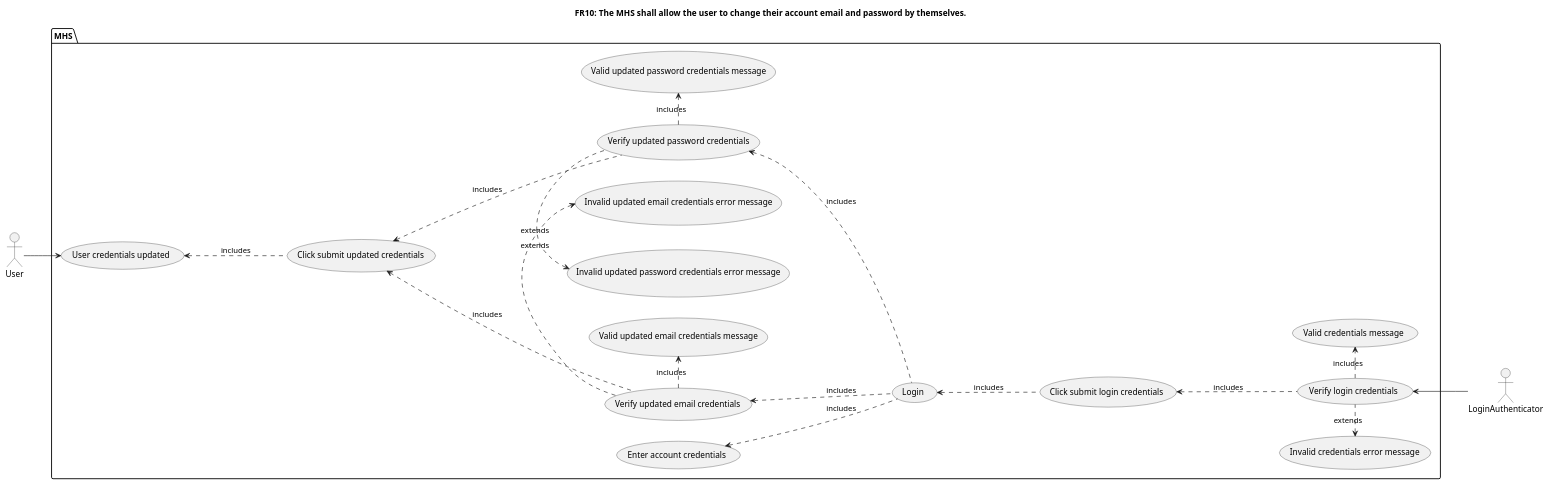
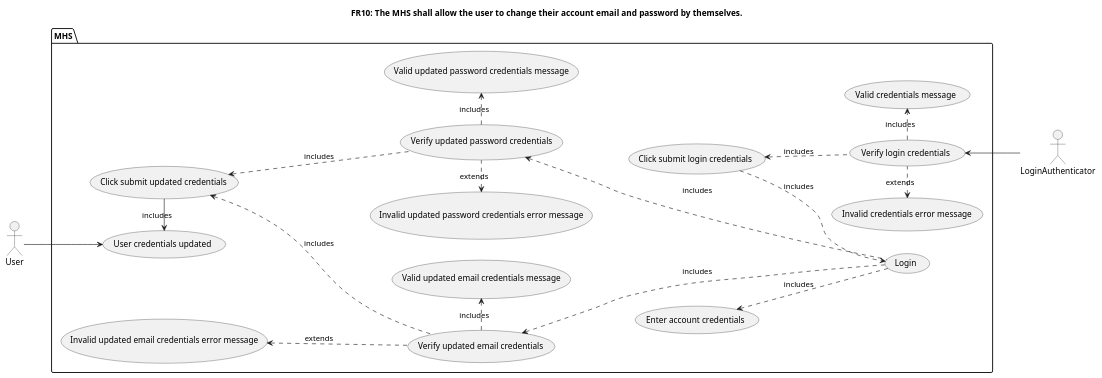
The diagram in documentation/UMLCodes/FR10_UCDiagram.plantuml (notkaramel/ECSE321-Mar1HotelSystem), drawn with PlantUML before and after one commit.

Commit message:
make FR10 more viewable

```diff
--- a/documentation/UMLCodes/FR10_UCDiagram.plantuml
+++ b/documentation/UMLCodes/FR10_UCDiagram.plantuml
@@ -1,44 +1,44 @@
 @startuml FR10
 title FR10: The MHS shall allow the user to change their account email and password by themselves.
 left to right direction
 :LoginAuthenticator: as a
 :User: as u
 
 package MHS {
     (Verify login credentials)
     (Login)
     (Enter account credentials)
     (Verify login credentials)
     (Invalid credentials error message)
     (Valid credentials message)
     (Verify updated email credentials)
     (Verify updated password credentials)
     (Click submit login credentials)
     (Click submit updated credentials)
     (Invalid updated email credentials error message)
     (Valid updated email credentials message)
     (Invalid updated password credentials error message)
     (Valid updated password credentials message)
     (User credentials updated)
 
 }
 
 (Verify login credentials) <-- a
 (Invalid credentials error message)<-.right- (Verify login credentials): extends
-(Valid credentials message) <-.left- (Verify login credentials): includes
-(Click submit login credentials) <-.- (Verify login credentials): includes
-(Login) <-.- (Click submit login credentials): includes
-(Enter account credentials) <-.- (Login): includes
+(Valid credentials message) <.left. (Verify login credentials): includes
+(Click submit login credentials) <.- (Verify login credentials): includes
+(Login) <.up- (Click submit login credentials): includes
+(Enter account credentials) <.. (Login): includes
 (Verify updated email credentials) <-.- (Login): includes
 (Verify updated password credentials) <-.- (Login): includes
-(Invalid updated email credentials error message) <-.right- (Verify updated email credentials): extends
+(Invalid updated email credentials error message) <-.down- (Verify updated email credentials): extends
 (Valid updated email credentials message) <-.left- (Verify updated email credentials): includes
 (Click submit updated credentials) <-.- (Verify updated email credentials): includes
 (Invalid updated password credentials error message) <-.right- (Verify updated password credentials): extends
 (Valid updated password credentials message) <-.left- (Verify updated password credentials): includes
 (Click submit updated credentials) <-.- (Verify updated password credentials): includes
-(User credentials updated) <-.- (Click submit updated credentials): includes
+(User credentials updated) <- (Click submit updated credentials): includes
 u --> (User credentials updated)
 
 
 @enduml
```
